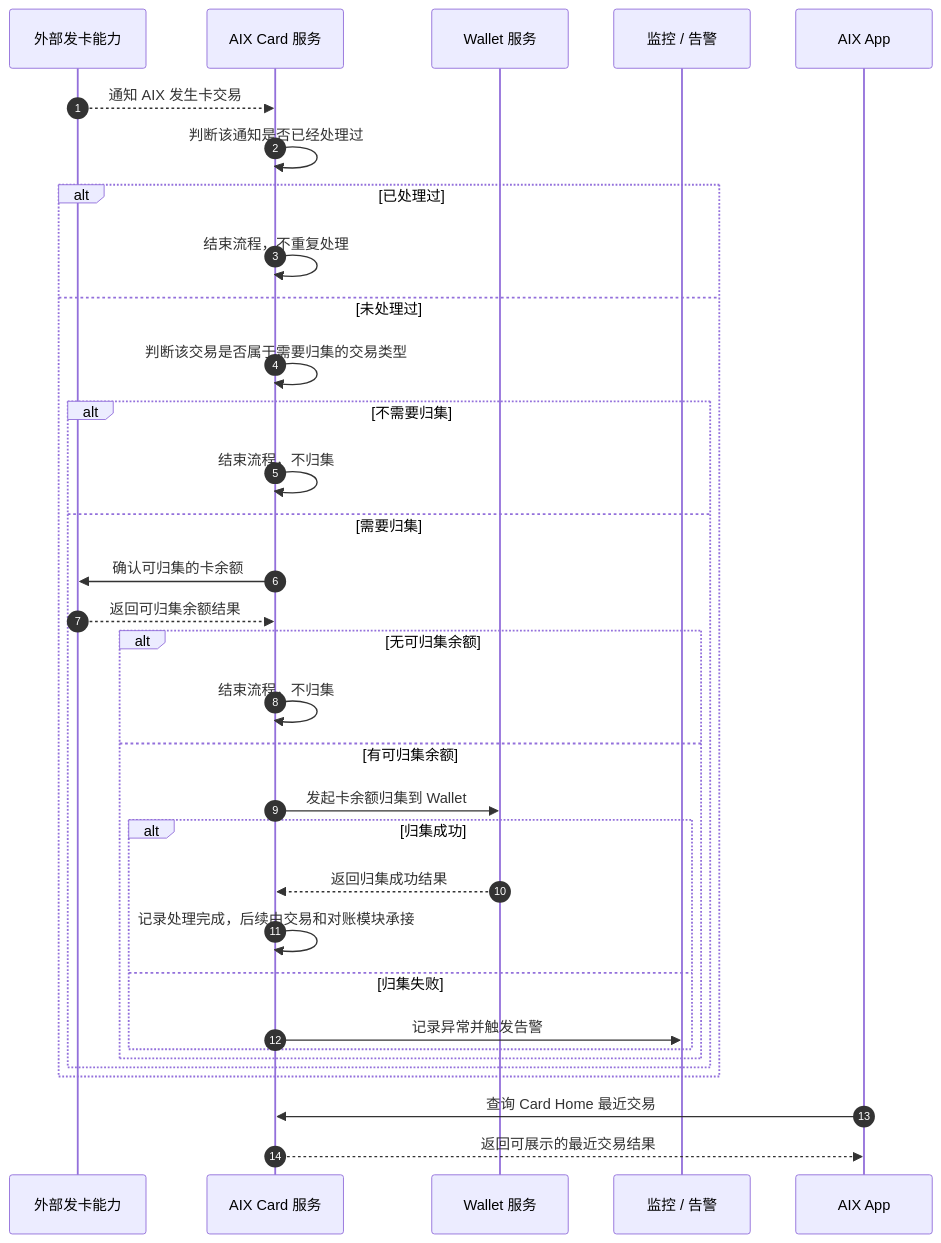
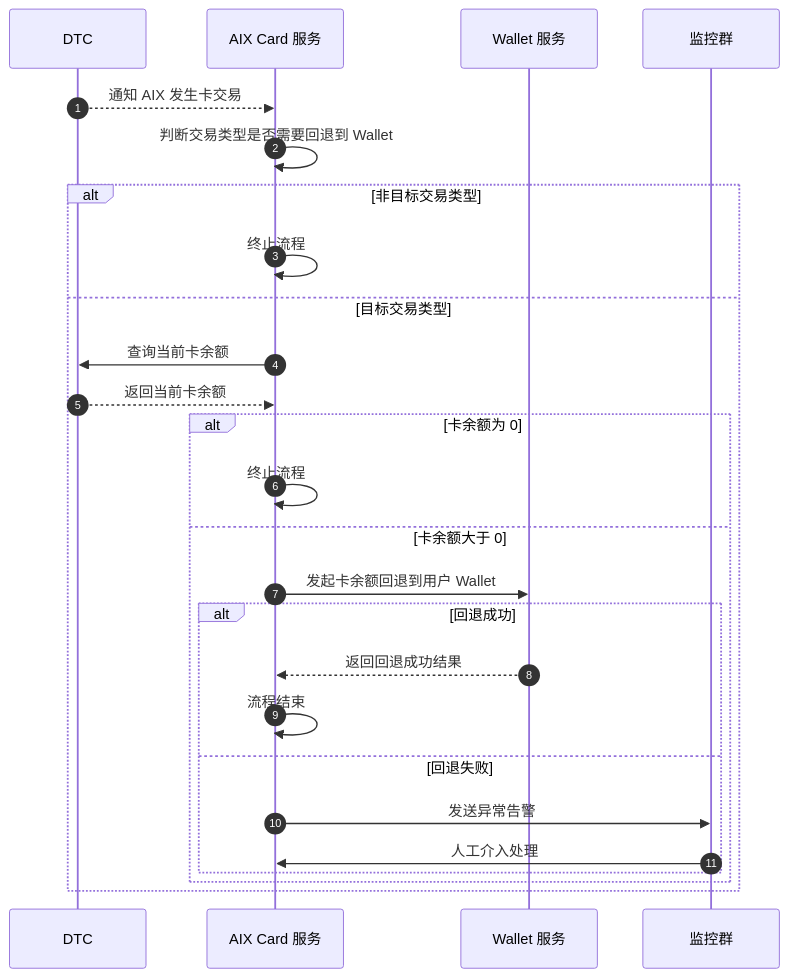
Before and after one commit to kelvin381539960-cyber/prd-for-ai: the first of 2 diagrams in knowledge-base/card/transaction.md, drawn with Mermaid. The commit also changed other lines of this file, not shown here.

Commit message:
Align card transaction PRD with source flow and remove unsupported dedupe logic

````diff
--- a/knowledge-base/card/transaction.md
+++ b/knowledge-base/card/transaction.md
@@ -67,36 +77,29 @@
 ```mermaid
 sequenceDiagram
     autonumber
-    participant External as 外部发卡能力
+    participant DTC as DTC
     participant Card as AIX Card 服务
     participant Wallet as Wallet 服务
-    participant Monitor as 监控 / 告警
-    participant App as AIX App
+    participant Monitor as 监控群
 
-    External-->>Card: 通知 AIX 发生卡交易
-    Card->>Card: 判断该通知是否已经处理过
-    alt 已处理过
-        Card->>Card: 结束流程，不重复处理
-    else 未处理过
-        Card->>Card: 判断该交易是否属于需要归集的交易类型
-        alt 不需要归集
-            Card->>Card: 结束流程，不归集
-        else 需要归集
-            Card->>External: 确认可归集的卡余额
-            External-->>Card: 返回可归集余额结果
-            alt 无可归集余额
-                Card->>Card: 结束流程，不归集
-            else 有可归集余额
-                Card->>Wallet: 发起卡余额归集到 Wallet
-                alt 归集成功
-                    Wallet-->>Card: 返回归集成功结果
-                    Card->>Card: 记录处理完成，后续由交易和对账模块承接
-                else 归集失败
-                    Card->>Monitor: 记录异常并触发告警
-                end
+    DTC-->>Card: 通知 AIX 发生卡交易
+    Card->>Card: 判断交易类型是否需要回退到 Wallet
+    alt 非目标交易类型
+        Card->>Card: 终止流程
+    else 目标交易类型
+        Card->>DTC: 查询当前卡余额
+        DTC-->>Card: 返回当前卡余额
+        alt 卡余额为 0
+            Card->>Card: 终止流程
+        else 卡余额大于 0
+            Card->>Wallet: 发起卡余额回退到用户 Wallet
+            alt 回退成功
+                Wallet-->>Card: 返回回退成功结果
+                Card->>Card: 流程结束
+            else 回退失败
+                Card->>Monitor: 发送异常告警
+                Monitor->>Card: 人工介入处理
             end
         end
     end
-    App->>Card: 查询 Card Home 最近交易
-    Card-->>App: 返回可展示的最近交易结果
 ```
````
